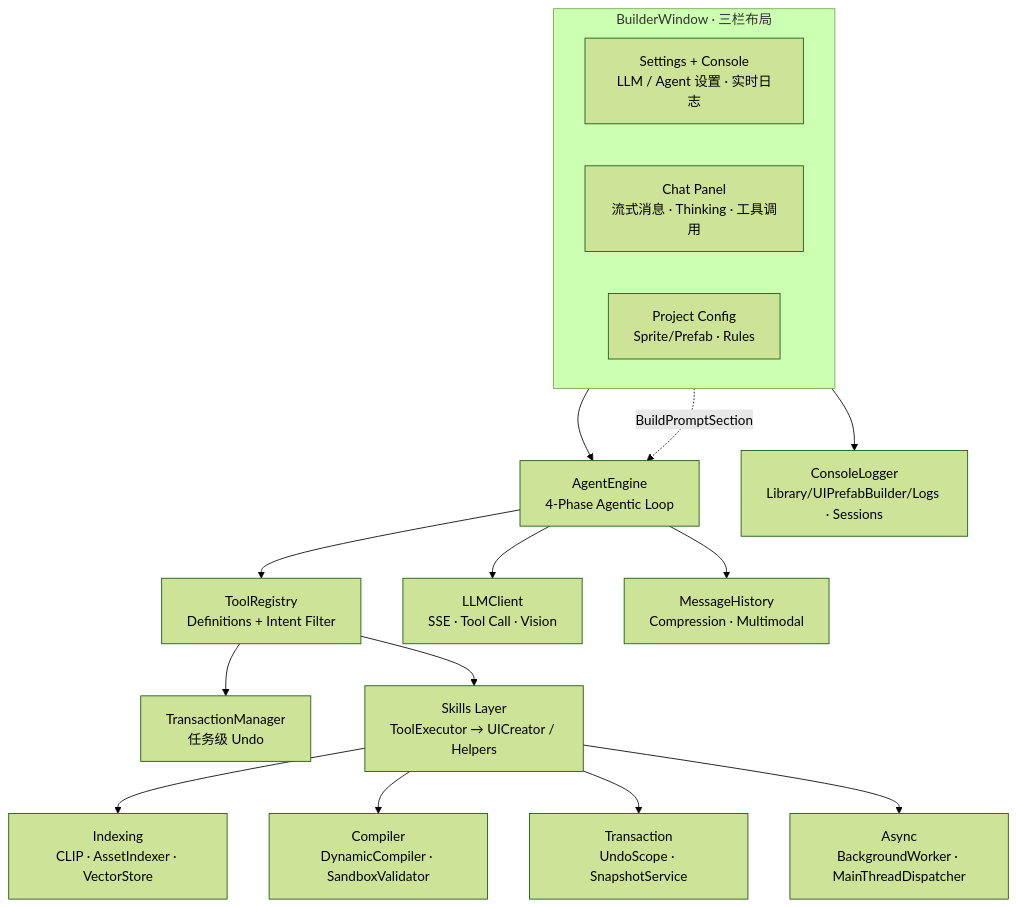
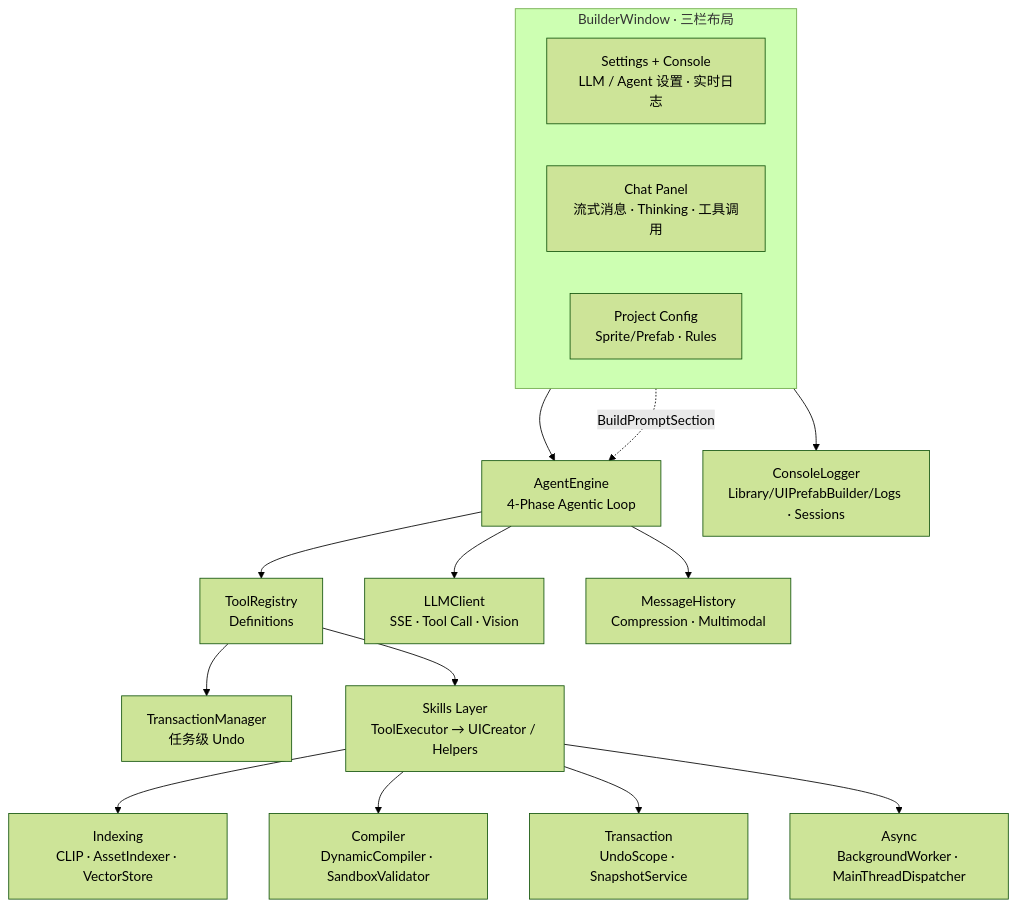
One commit to Wonderland6627/UIPrefabBuilder changed the second of 2 diagrams in README.md. Above: the diagram before and after it, drawn with Mermaid (forest theme). The commit also changed other lines of this file and 2 other files, not shown here.

````diff
--- a/README.md
+++ b/README.md
@@ -161,26 +160,26 @@
 ```mermaid
 flowchart TB
     subgraph UI["BuilderWindow · 三栏布局"]
         direction LR
         LEFT["Settings + Console<br/>LLM / Agent 设置 · 实时日志"]
         CENTER["Chat Panel<br/>流式消息 · Thinking · 工具调用"]
         RIGHT["Project Config<br/>Sprite/Prefab · Rules"]
     end
 
     CENTER --> ENG["AgentEngine<br/>4-Phase Agentic Loop"]
     RIGHT -.->|BuildPromptSection| ENG
 
-    ENG --> TR["ToolRegistry<br/>Definitions + Intent Filter"]
+    ENG --> TR["ToolRegistry<br/>Definitions"]
     ENG --> LLM["LLMClient<br/>SSE · Tool Call · Vision"]
     ENG --> MH["MessageHistory<br/>Compression · Multimodal"]
 
     TR --> TM["TransactionManager<br/>任务级 Undo"]
     TR --> SK["Skills Layer<br/>ToolExecutor → UICreator / Helpers"]
 
     SK --> IDX["Indexing<br/>CLIP · AssetIndexer · VectorStore"]
     SK --> CMP["Compiler<br/>DynamicCompiler · SandboxValidator"]
     SK --> TX["Transaction<br/>UndoScope · SnapshotService"]
     SK --> ASY["Async<br/>BackgroundWorker · MainThreadDispatcher"]
 
     LEFT --> LOG["ConsoleLogger<br/>Library/UIPrefabBuilder/Logs · Sessions"]
 ```
````
